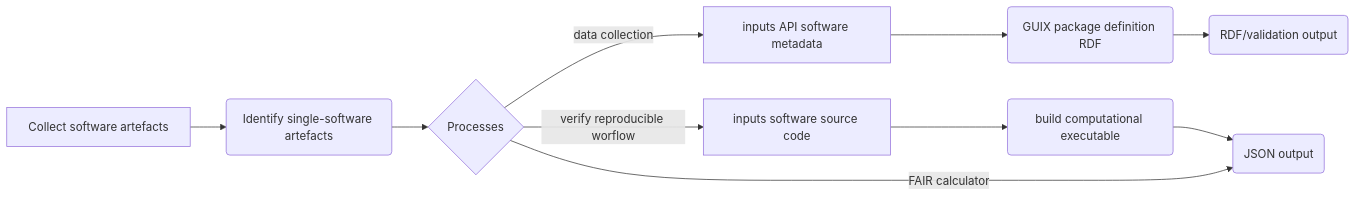
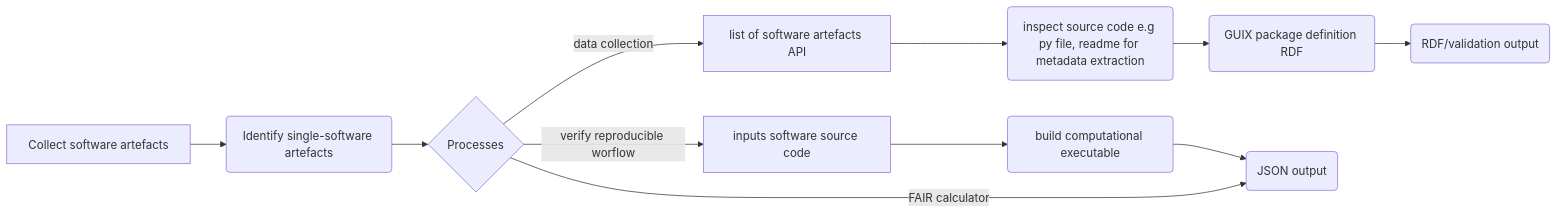
Before and after one commit to 4TUResearchData/soss: the first of 2 diagrams in README.md, drawn with Mermaid.

````diff
--- a/README.md
+++ b/README.md
@@ -24,8 +24,8 @@
 ```mermaid
 graph LR
 A[Collect software artefacts] -->B(Identify single-software artefacts)
     B --> C{Processes}
-    C -->|data collection| D[inputs API software metadata] --> F(GUIX package definition RDF) --> G(RDF/validation output)
+    C -->|data collection| D[list of software artefacts API] --> Z(inspect source code e.g py file, readme for metadata extraction) --> F(GUIX package definition RDF) --> G(RDF/validation output)
     C -->|verify reproducible worflow| E[inputs software source code] --> H(build computational executable) --> J(JSON output)
     C -->|FAIR calculator| J(JSON output)
 ```
````
